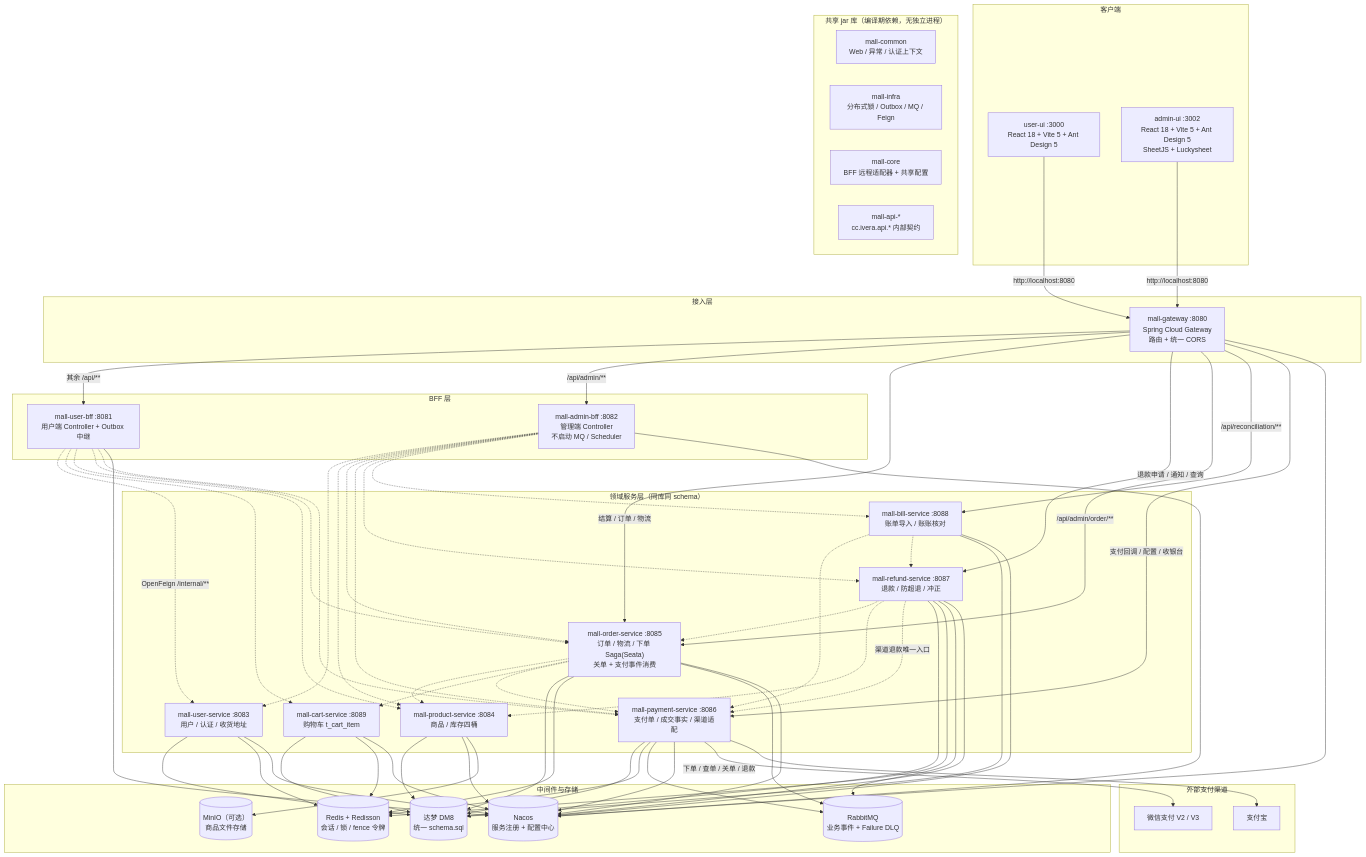
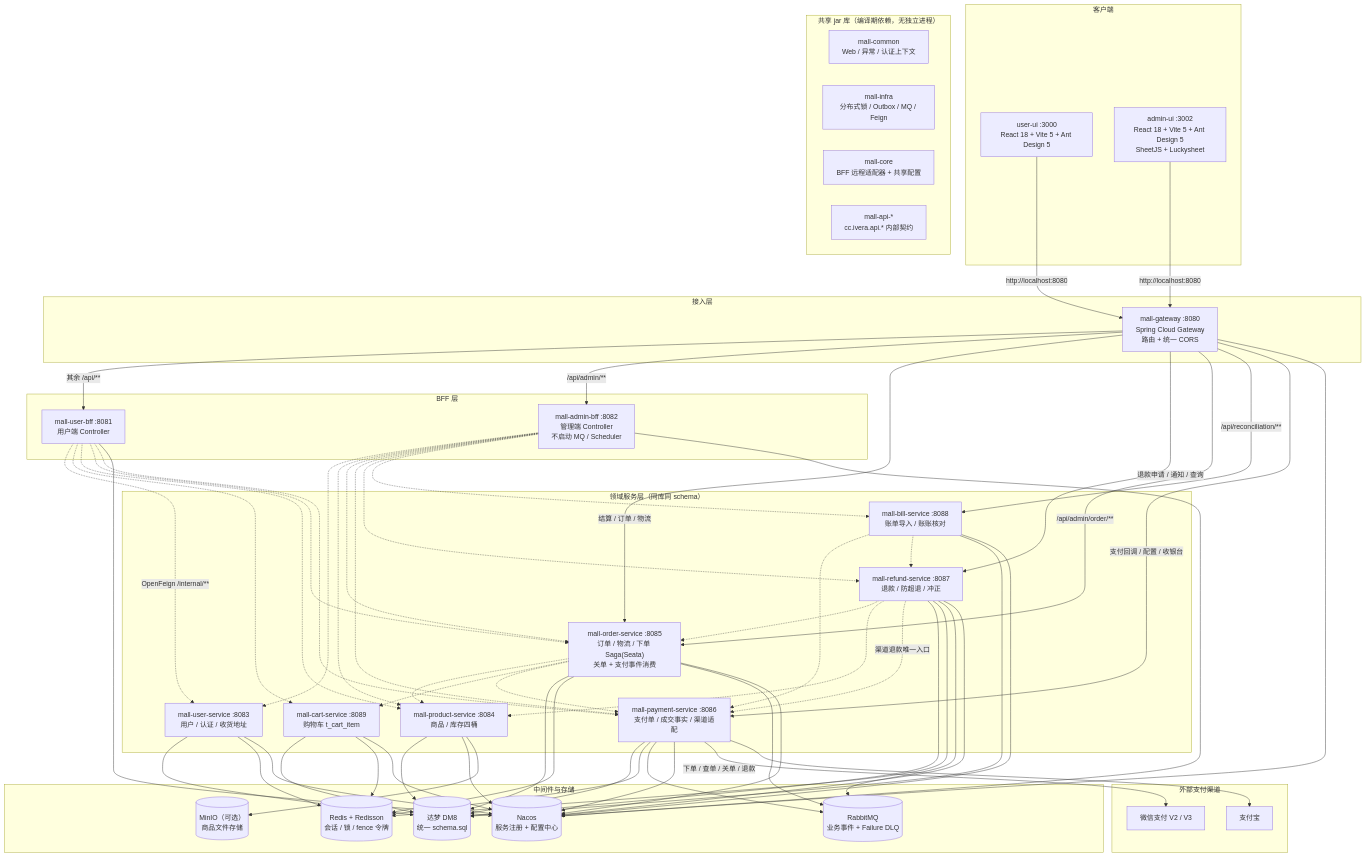
Before and after one commit to cpc-lib/mall: the first of 12 diagrams in README.md, drawn with Mermaid. The commit also changed other lines of this file and 23 other files, not shown here.

```diff
--- a/README.md
+++ b/README.md
@@ -954,7 +954,7 @@
     end
 
     subgraph BFF["BFF 层"]
-        UBFF["mall-user-bff :8081<br/>用户端 Controller + Outbox 中继"]
+        UBFF["mall-user-bff :8081<br/>用户端 Controller"]
         ABFF["mall-admin-bff :8082<br/>管理端 Controller<br/>不启动 MQ / Scheduler"]
     end
 
```
